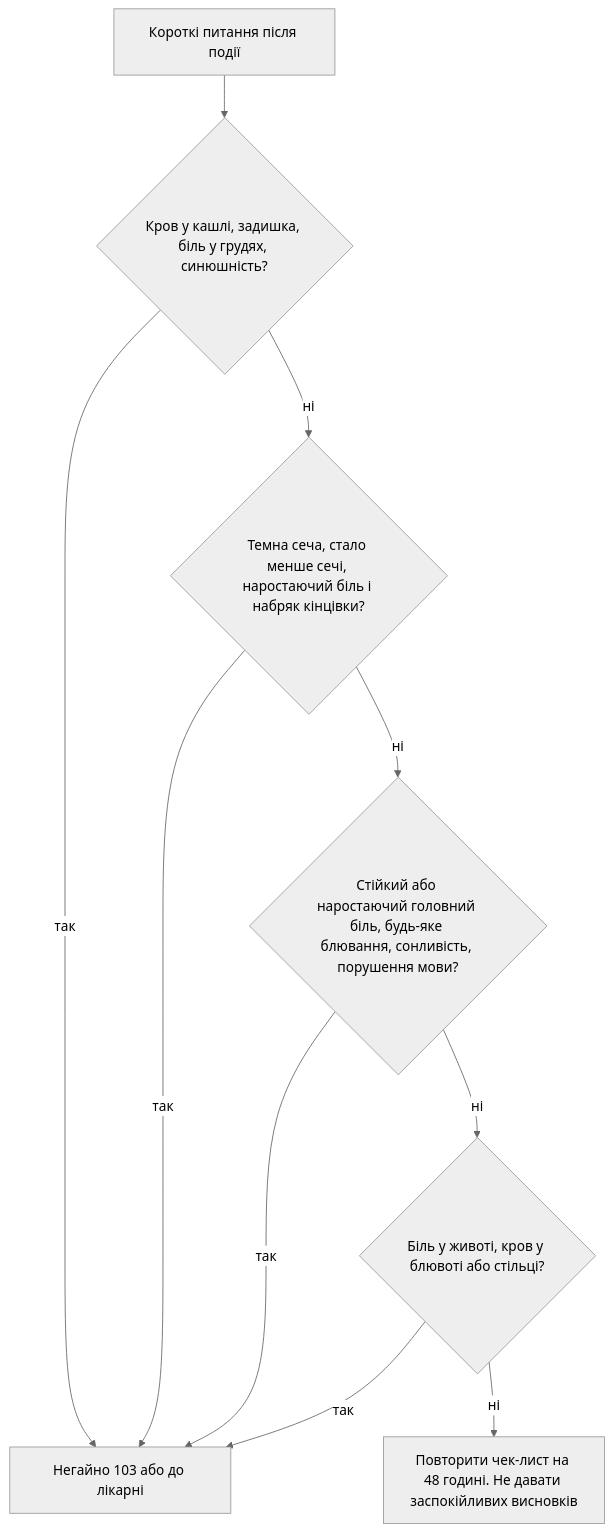
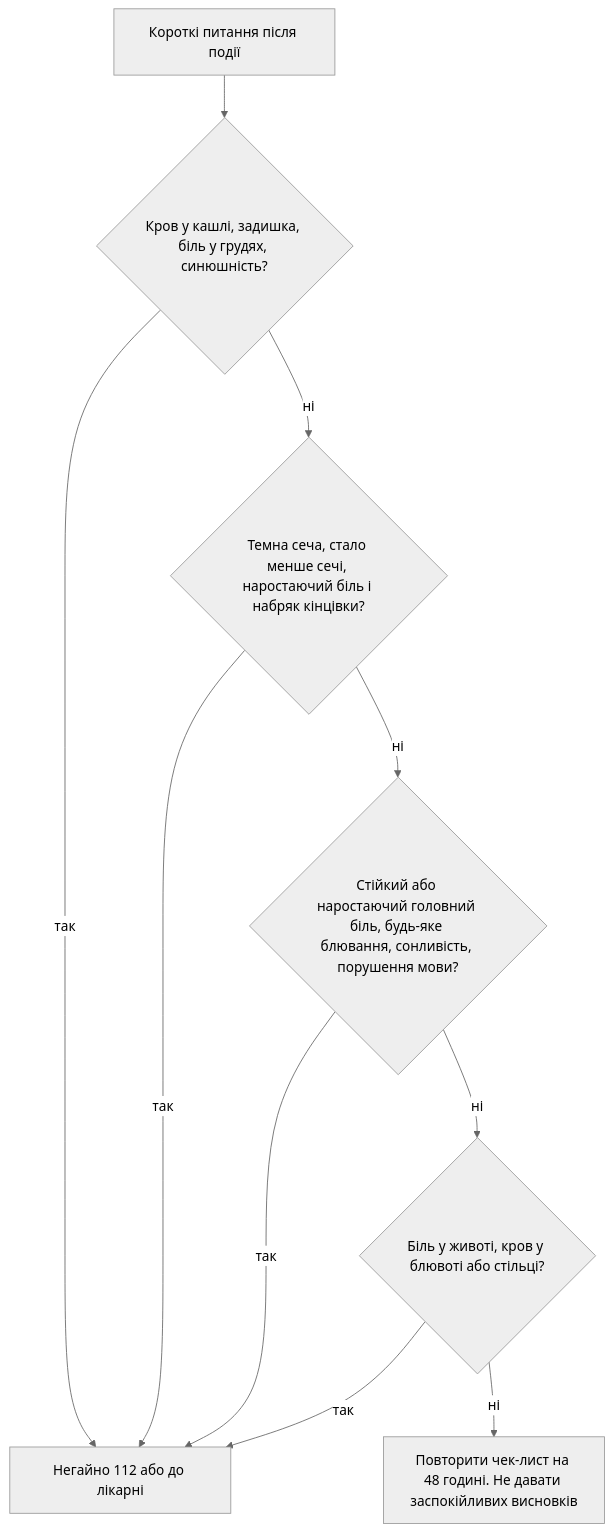
The tenth of 12 diagrams in docs/04-блок-схеми.md (kaiserdem/ZeroEchelon), drawn with Mermaid (neutral theme) before and after one commit. The commit also changed other lines of this file and 21 other files, not shown here.

````diff
--- a/docs/04-блок-схеми.md
+++ b/docs/04-блок-схеми.md
@@ -259,12 +259,12 @@
 ```mermaid
 flowchart TD
   I0["Короткі питання після події"] --> I1{"Кров у кашлі, задишка, біль у грудях, синюшність?"}
-  I1 -->|"так"| Go["Негайно 103 або до лікарні"]
+  I1 -->|"так"| Go["Негайно 112 або до лікарні"]
   I1 -->|"ні"| I2{"Темна сеча, стало менше сечі, наростаючий біль і набряк кінцівки?"}
   I2 -->|"так"| Go
   I2 -->|"ні"| I3{"Стійкий або наростаючий головний біль, будь-яке блювання, сонливість, порушення мови?"}
   I3 -->|"так"| Go
   I3 -->|"ні"| I4{"Біль у животі, кров у блювоті або стільці?"}
   I4 -->|"так"| Go
   I4 -->|"ні"| I5["Повторити чек-лист на 48 годині. Не давати заспокійливих висновків"]
 ```
````
